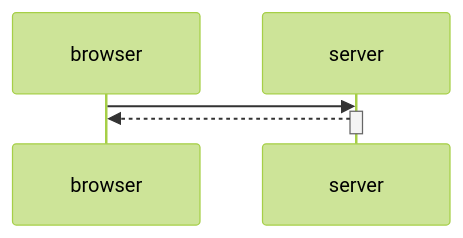
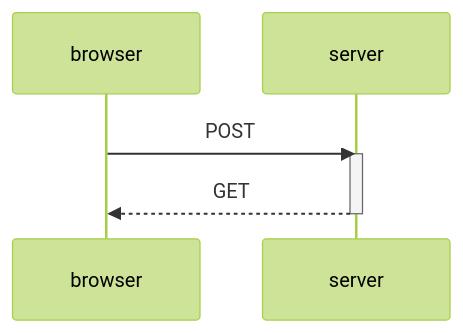
Before and after one commit to ruove/fullstackopen: the diagram in osa0/teht04.md, drawn with Mermaid (forest theme).

````diff
--- a/osa0/teht04.md
+++ b/osa0/teht04.md
@@ -1,11 +1,11 @@
 ```mermaid
 sequenceDiagram
     participant browser
     participant server
     
-    browser->>server:
+    browser->>server: POST
     activate server
-    server-->>browser:
+    server-->>browser: GET
     deactivate server
 
 ```
````
